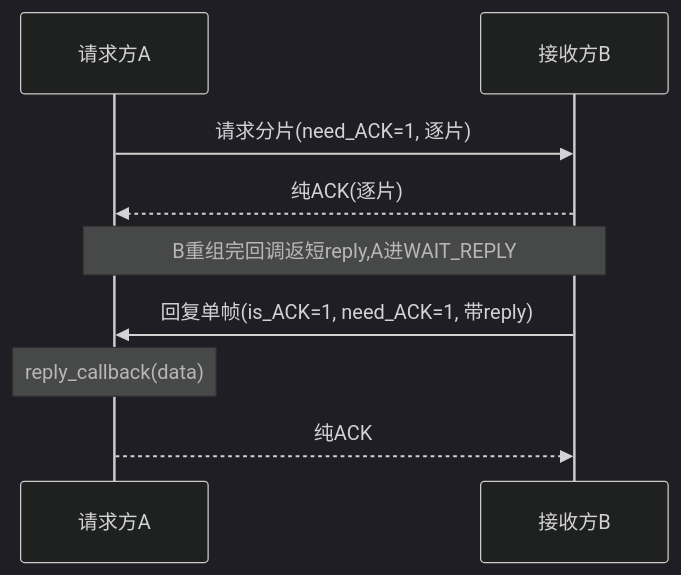
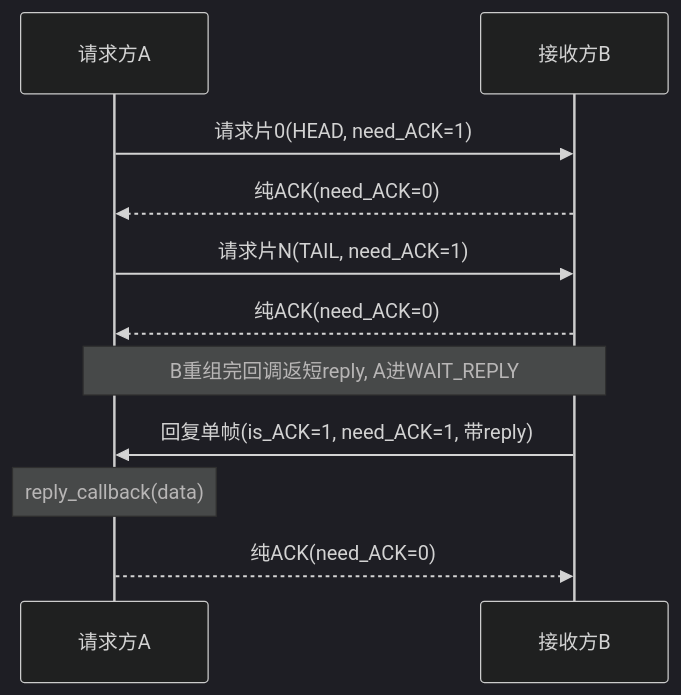
One commit to Siaiai/ObsidianNote changed the fifth of 13 diagrams in 工作/项目/代码/260401S3分拣面板-SIA-R9000P.md. Above: the diagram before and after it, drawn with Mermaid (dark theme). The commit also changed other lines of this file, not shown here.

````diff
--- a/工作/项目/代码/260401S3分拣面板-SIA-R9000P.md
+++ b/工作/项目/代码/260401S3分拣面板-SIA-R9000P.md
@@ -125,11 +161,13 @@
 ```mermaid
 sequenceDiagram
     participant A as 请求方A
     participant B as 接收方B
-    A->>B: 请求分片(need_ACK=1, 逐片)
-    B-->>A: 纯ACK(逐片)
-    Note over A,B: B重组完回调返短reply,A进WAIT_REPLY
+    A->>B: 请求片0(HEAD, need_ACK=1)
+    B-->>A: 纯ACK(need_ACK=0)
+    A->>B: 请求片N(TAIL, need_ACK=1)
+    B-->>A: 纯ACK(need_ACK=0)
+    Note over A,B: B重组完回调返短reply, A进WAIT_REPLY
     B->>A: 回复单帧(is_ACK=1, need_ACK=1, 带reply)
     Note over A: reply_callback(data)
-    A-->>B: 纯ACK
+    A-->>B: 纯ACK(need_ACK=0)
 ```
````
